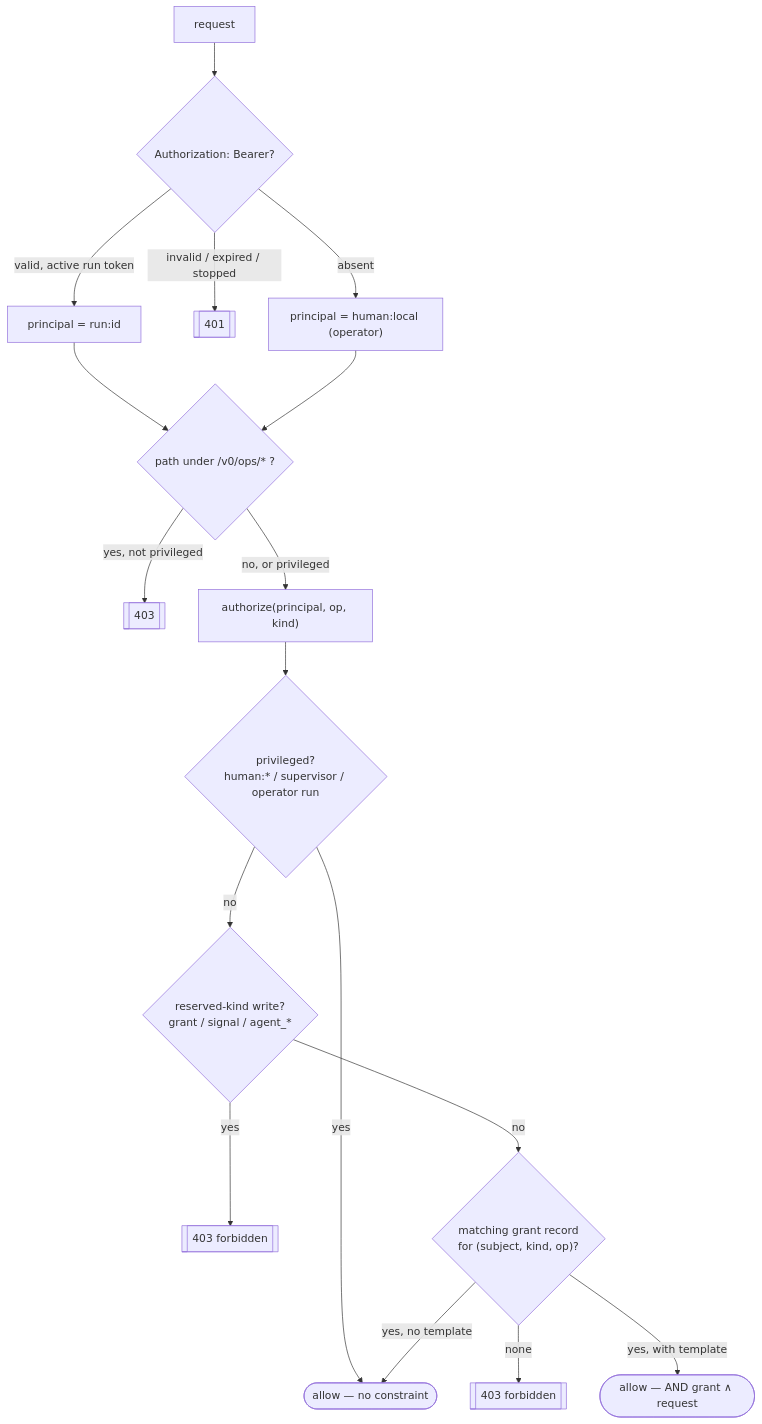
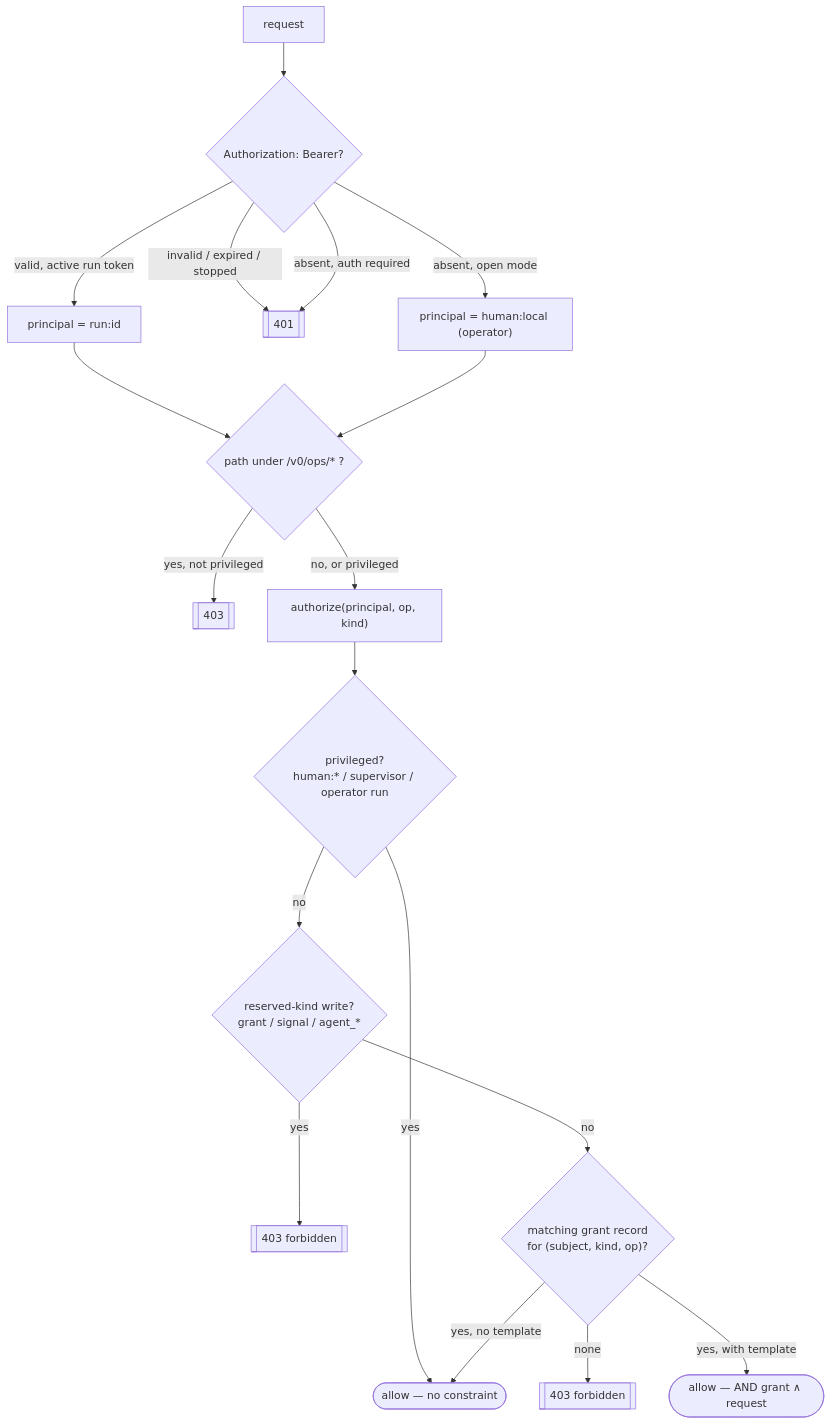
Before and after one commit to wistrand/radia: the third of 5 diagrams in agent_docs/design-auth.md, drawn with Mermaid. The commit also changed other lines of this file and 13 other files, not shown here.

````diff
--- a/agent_docs/design-auth.md
+++ b/agent_docs/design-auth.md
@@ -170,19 +192,20 @@
 ```mermaid
 flowchart TD
     Req[request] --> B{"Authorization: Bearer?"}
     B -->|"valid, active run token"| Prin["principal = run:id"]
     B -->|"invalid / expired / stopped"| E401[["401"]]
-    B -->|"absent"| Oper["principal = human:local (operator)"]
+    B -->|"absent, auth required"| E401
+    B -->|"absent, open mode"| Oper["principal = human:local (operator)"]
     Prin --> Ops
     Oper --> Ops
     Ops{"path under /v0/ops/* ?"} -->|"yes, not privileged"| E403a[["403"]]
     Ops -->|"no, or privileged"| Az["authorize(principal, op, kind)"]
     Az --> Priv{"privileged?<br/>human:* / supervisor / operator run"}
     Priv -->|"yes"| Allow(["allow — no constraint"])
     Priv -->|"no"| Res{"reserved-kind write?<br/>grant / signal / agent_*"}
     Res -->|"yes"| E403b[["403 forbidden"]]
     Res -->|"no"| Grant{"matching grant record<br/>for (subject, kind, op)?"}
     Grant -->|"none"| E403c[["403 forbidden"]]
     Grant -->|"yes, no template"| Allow
     Grant -->|"yes, with template"| AllowT(["allow — AND grant ∧ request"])
 ```
````
